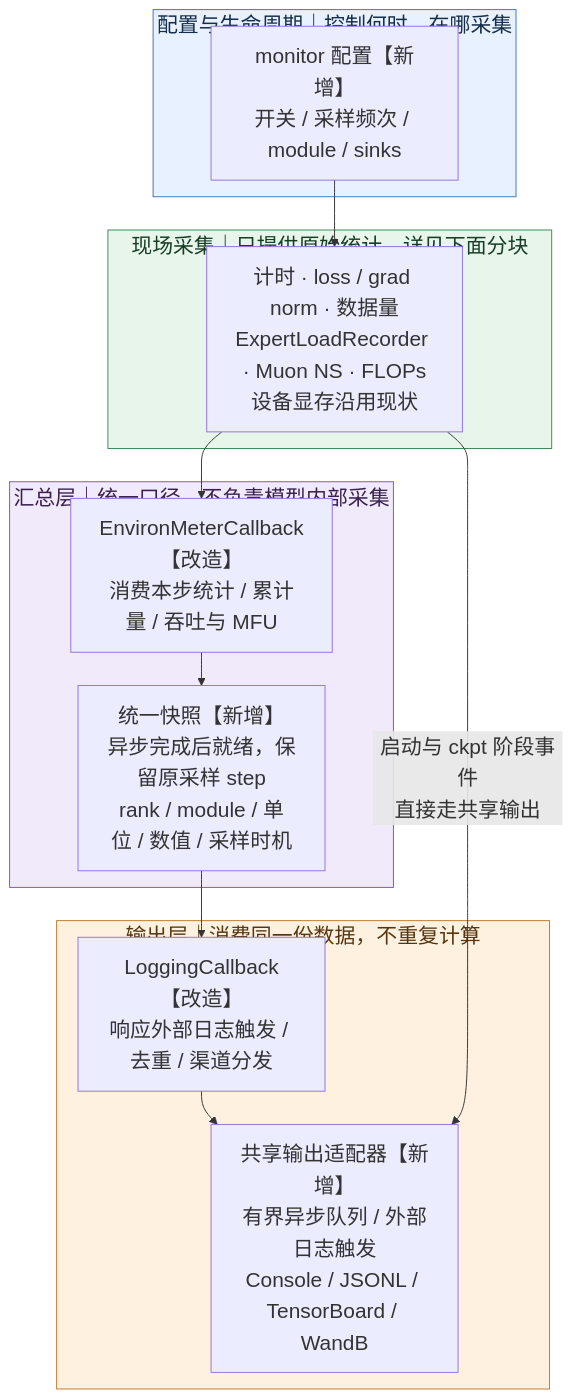
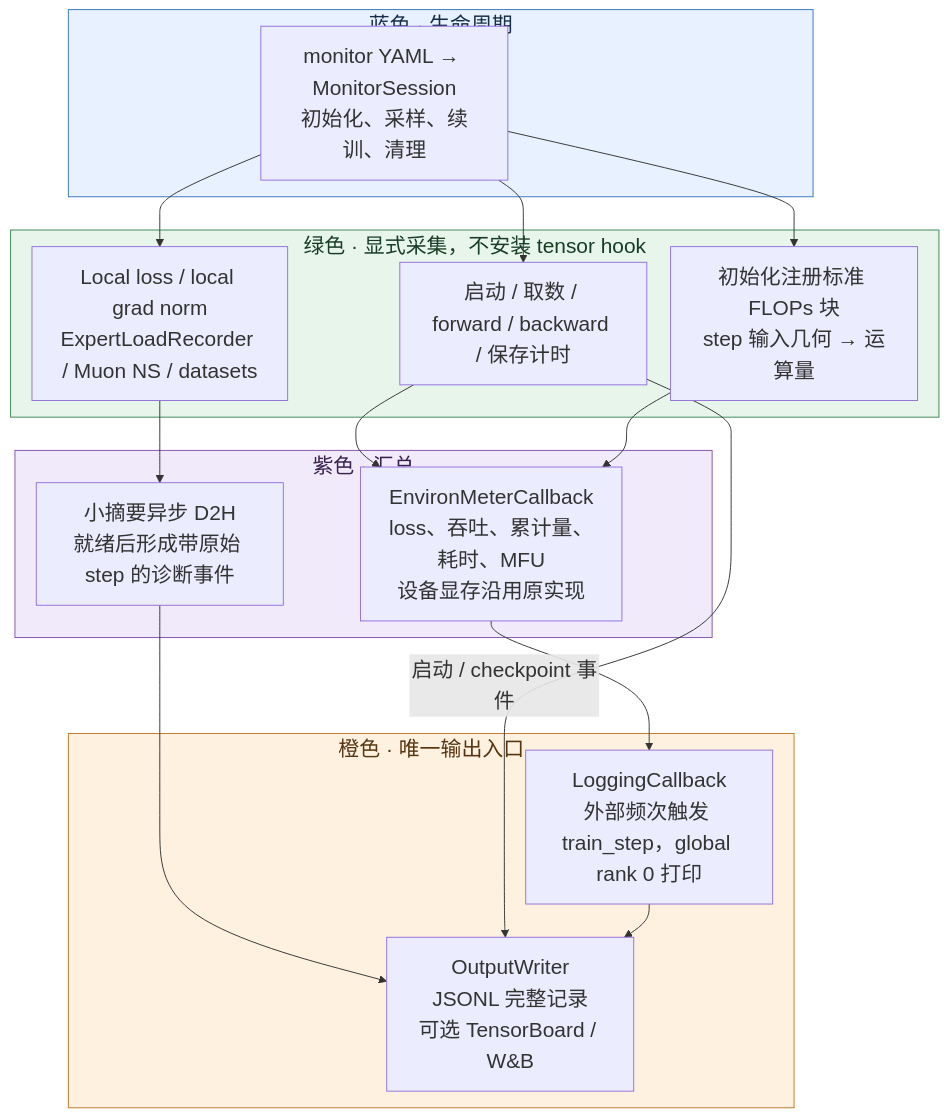
One commit to mindspore-ai/hyper-parallel changed the first of 2 diagrams in docs/design/trainer_monitoring_plan.md. Above: the diagram before and after it, drawn with Mermaid. The commit also changed other lines of this file and 8 other files, not shown here.

````diff
--- a/docs/design/trainer_monitoring_plan.md
+++ b/docs/design/trainer_monitoring_plan.md
@@ -15,27 +12,29 @@
 ```mermaid
 %%{init: {"themeVariables": {"fontSize": "22px"}, "flowchart": {"nodeSpacing": 25, "rankSpacing": 35}}}%%
 flowchart TB
-    subgraph CONFIG["配置与生命周期｜控制何时、在哪采集"]
-        C["monitor 配置【新增】<br/>开关 / 采样频次 / module / sinks"]
+    subgraph CONFIG["蓝色 · 生命周期"]
+        C["monitor YAML → MonitorSession<br/>初始化、采样、续训、清理"]
     end
-    subgraph COLLECT["现场采集｜只提供原始统计，详见下面分块"]
-        H["计时 · loss / grad norm · 数据量<br/>ExpertLoadRecorder · Muon NS · FLOPs<br/>设备显存沿用现状"]
+    subgraph COLLECT["绿色 · 显式采集，不安装 tensor hook"]
+        T["启动 / 取数 / forward / backward / 保存计时"]
+        R["Local loss / local grad norm<br/>ExpertLoadRecorder / Muon NS / datasets"]
+        F["初始化注册标准 FLOPs 块<br/>step 输入几何 → 运算量"]
     end
-    subgraph AGG["汇总层｜统一口径，不负责模型内部采集"]
-        M["EnvironMeterCallback【改造】<br/>消费本步统计 / 累计量 / 吞吐与 MFU"]
-        S["统一快照【新增】<br/>异步完成后就绪，保留原采样 step<br/>rank / module / 单位 / 数值 / 采样时机"]
-        M --> S
+    subgraph METER["紫色 · 汇总"]
+        S["小摘要异步 D2H<br/>就绪后形成带原始 step 的诊断事件"]
+        E["EnvironMeterCallback<br/>loss、吞吐、累计量、耗时、MFU<br/>设备显存沿用原实现"]
     end
-    subgraph OUTPUT["输出层｜消费同一份数据，不重复计算"]
-        L["LoggingCallback【改造】<br/>响应外部日志触发 / 去重 / 渠道分发"]
-        W["共享输出适配器【新增】<br/>有界异步队列 / 外部日志触发<br/>Console / JSONL / TensorBoard / WandB"]
-        L --> W
+    subgraph OUTPUT["橙色 · 唯一输出入口"]
+        L["LoggingCallback<br/>外部频次触发 train_step，global rank 0 打印"]
+        W["OutputWriter<br/>JSONL 完整记录<br/>可选 TensorBoard / W&B"]
     end
-    C --> H --> M
-    S --> L
-    H -- "启动与 ckpt 阶段事件<br/>直接走共享输出" --> W
+    C --> T & R & F
+    R --> S --> W
+    T --> E
+    T -- "启动 / checkpoint 事件" --> W
+    F --> E --> L --> W
     style CONFIG fill:#e8f1ff,stroke:#3975bd,color:#162d4a
     style COLLECT fill:#e8f5eb,stroke:#3b8751,color:#173d25
-    style AGG fill:#f1eafb,stroke:#8354ad,color:#39204f
+    style METER fill:#f1eafb,stroke:#8354ad,color:#39204f
     style OUTPUT fill:#fff1df,stroke:#bb792b,color:#573510
 ```
````
